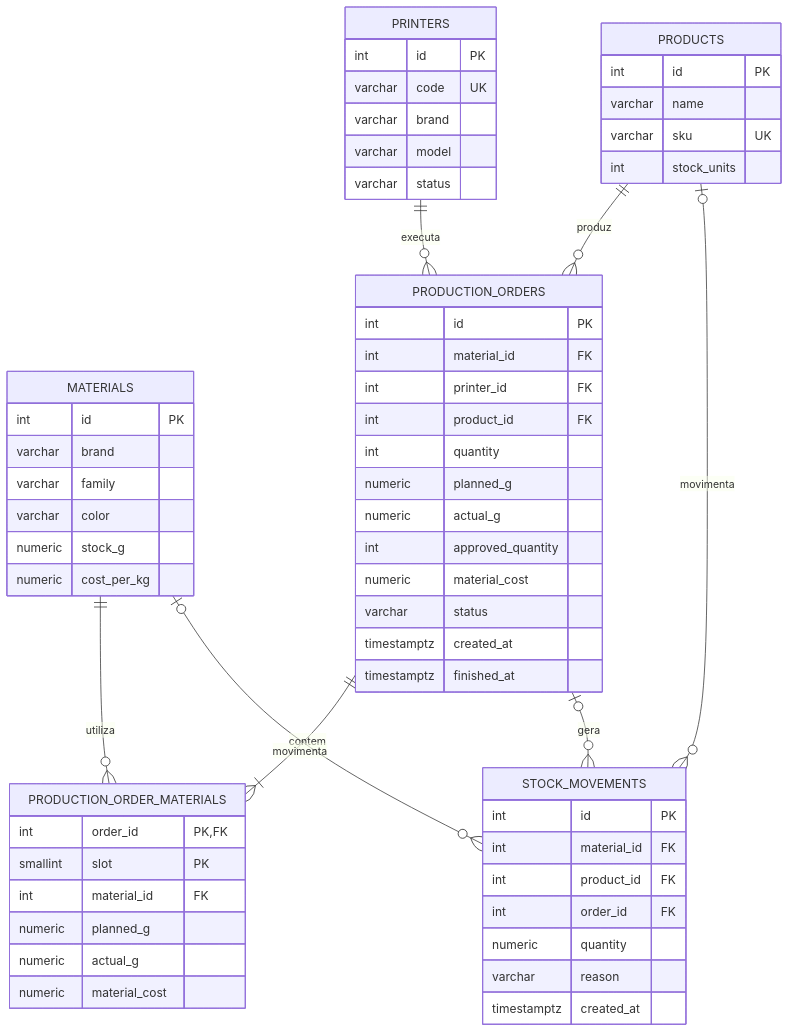
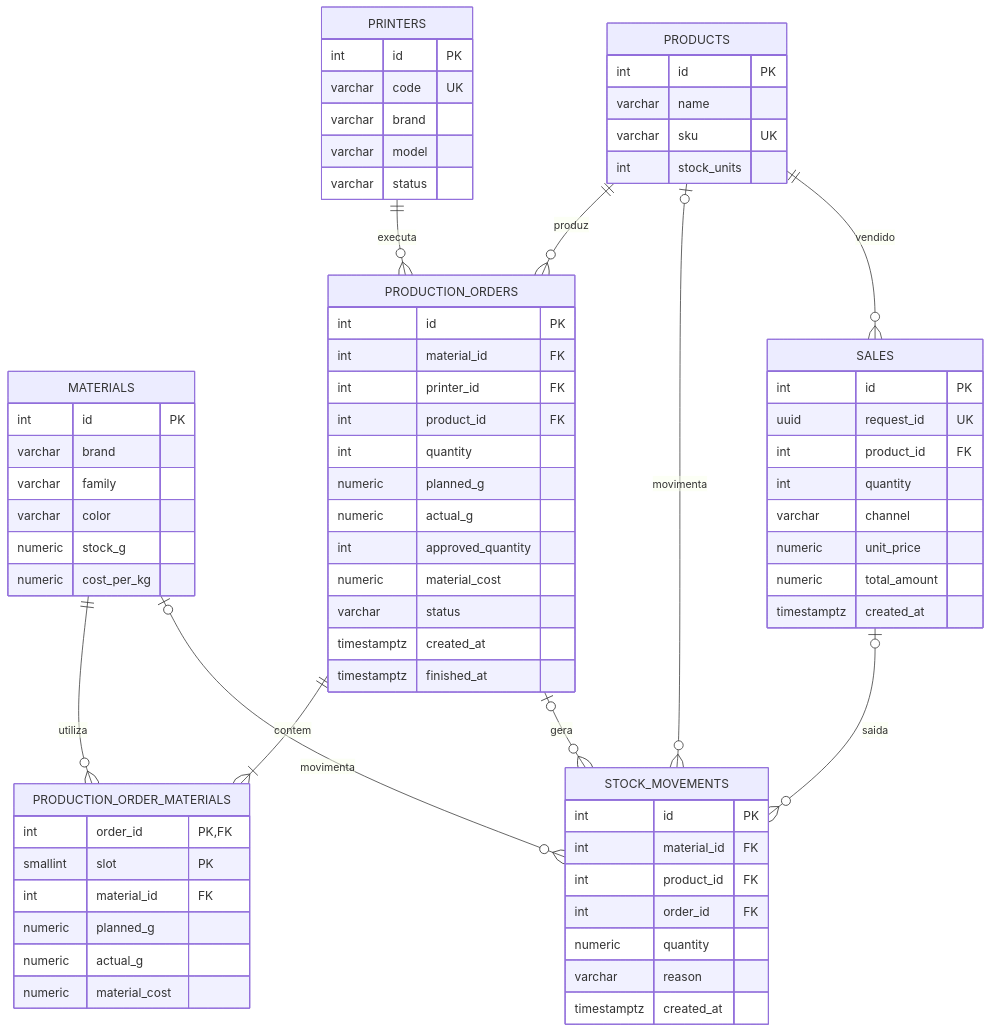
One commit to alecioADS/projetointegrador2026 changed the diagram in docs/modelagem.mmd. Above: the diagram before and after it, drawn with Mermaid. The commit also changed 9 other files, not shown here.

```diff
--- a/docs/modelagem.mmd
+++ b/docs/modelagem.mmd
@@ -1,63 +1,77 @@
 %% Modelo relacional. Renderize cada bloco separadamente em um editor Mermaid.
 erDiagram
  MATERIALS ||--o{ PRODUCTION_ORDER_MATERIALS : utiliza
  PRODUCTION_ORDERS ||--|{ PRODUCTION_ORDER_MATERIALS : contem
  PRINTERS ||--o{ PRODUCTION_ORDERS : executa
  PRODUCTS ||--o{ PRODUCTION_ORDERS : produz
  MATERIALS |o--o{ STOCK_MOVEMENTS : movimenta
  PRODUCTS |o--o{ STOCK_MOVEMENTS : movimenta
  PRODUCTION_ORDERS |o--o{ STOCK_MOVEMENTS : gera
  MATERIALS {
   int id PK
   varchar brand
   varchar family
   varchar color
   numeric stock_g
   numeric cost_per_kg
  }
  PRINTERS {
   int id PK
   varchar code UK
   varchar brand
   varchar model
   varchar status
  }
  PRODUCTS {
   int id PK
   varchar name
   varchar sku UK
   int stock_units
  }
  PRODUCTION_ORDERS {
   int id PK
   int material_id FK
   int printer_id FK
   int product_id FK
   int quantity
   numeric planned_g
   numeric actual_g
   int approved_quantity
   numeric material_cost
   varchar status
   timestamptz created_at
   timestamptz finished_at
  }
  STOCK_MOVEMENTS {
   int id PK
   int material_id FK
   int product_id FK
   int order_id FK
   numeric quantity
   varchar reason
   timestamptz created_at
  }
 
  PRODUCTION_ORDER_MATERIALS {
   int order_id PK,FK
   smallint slot PK
   int material_id FK
   numeric planned_g
   numeric actual_g
   numeric material_cost
  }
 %% slot 1..4; único (order_id,material_id). O material_id na ordem é mantido como referência legada ao primeiro filamento.
+
+ PRODUCTS ||--o{ SALES : vendido
+ SALES |o--o{ STOCK_MOVEMENTS : saida
+ SALES {
+  int id PK
+  uuid request_id UK
+  int product_id FK
+  int quantity
+  varchar channel
+  numeric unit_price
+  numeric total_amount
+  timestamptz created_at
+ }
+%% total_amount gerado no banco (quantity * unit_price); stock_movements.sale_id referencia a venda.
```
